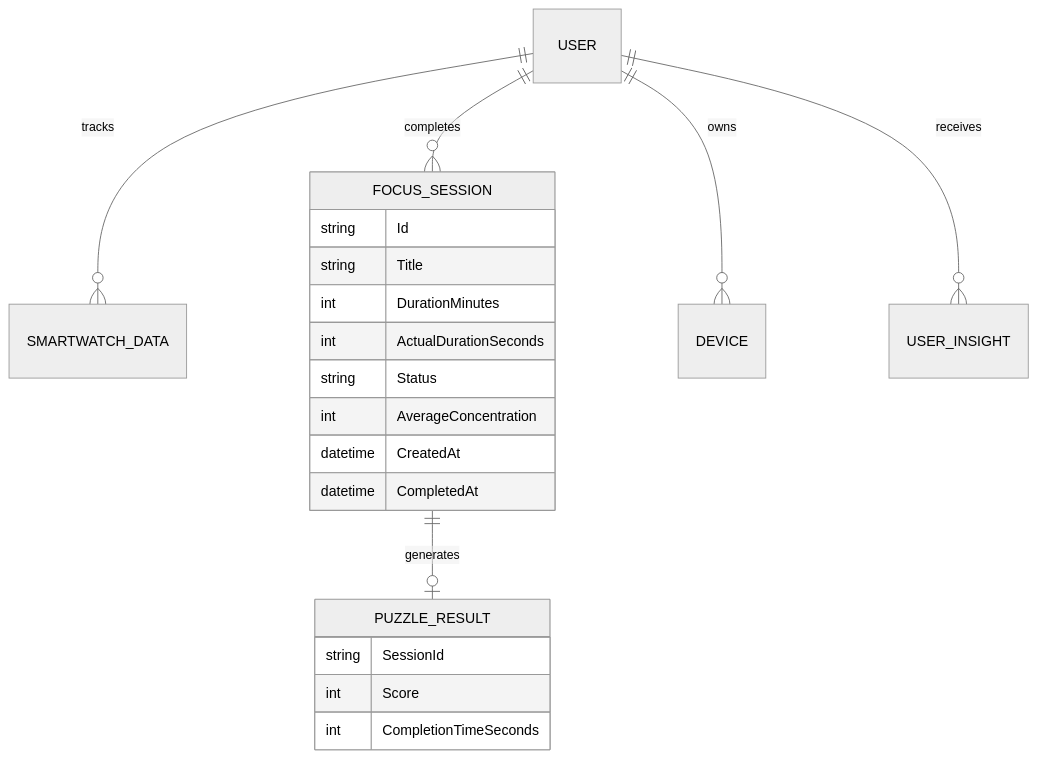
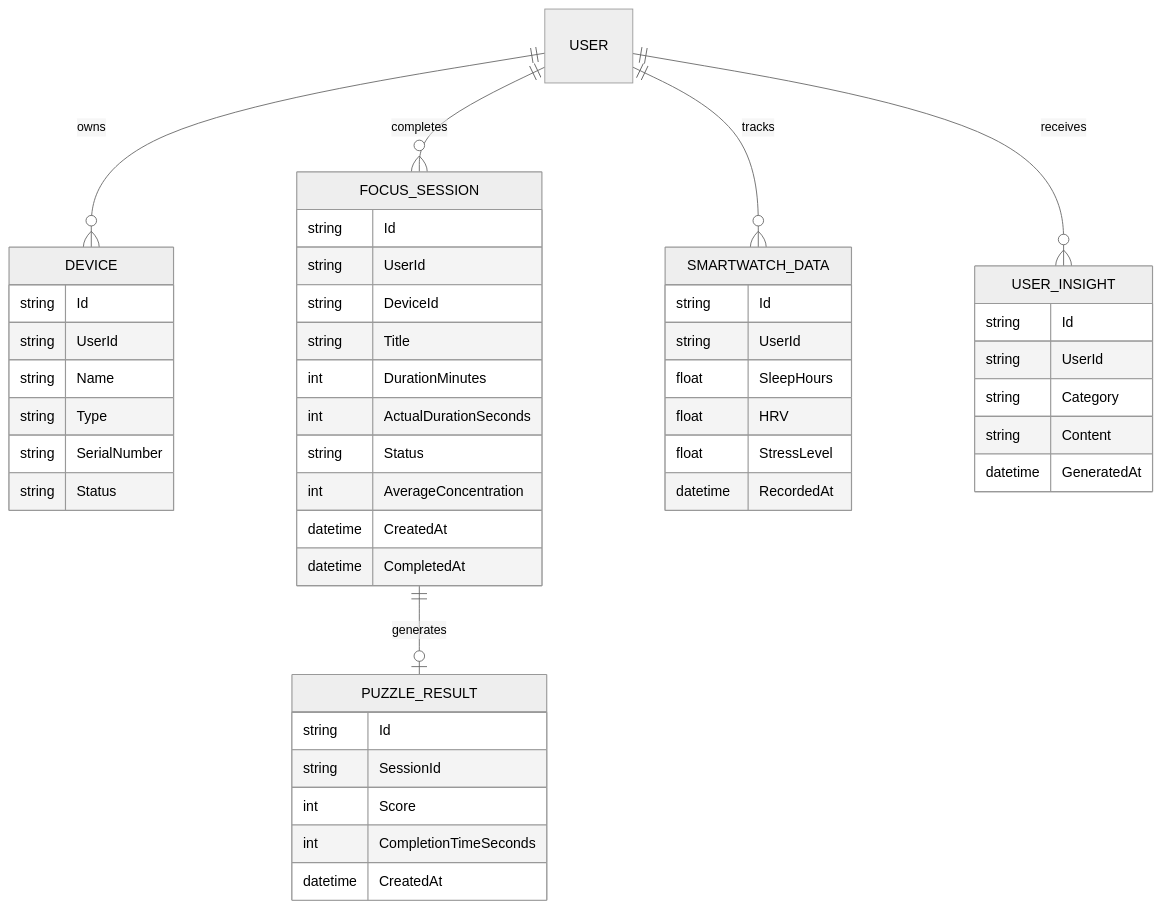
Before and after one commit to ameenmv/haze_clue_docs: the diagram in docs/backend-mobile/index.md, drawn with Mermaid (neutral theme). The commit also changed other lines of this file, not shown here.

Commit message:
docs: restructure and expand Mobile Backend documentation with detailed architecture, project structure, and API usage guide

````diff
--- a/docs/backend-mobile/index.md
+++ b/docs/backend-mobile/index.md
@@ -35,25 +48,55 @@
 ```mermaid
 erDiagram
+    USER ||--o{ DEVICE : owns
+    USER ||--o{ FOCUS_SESSION : completes
     USER ||--o{ SMARTWATCH_DATA : tracks
-    USER ||--o{ FOCUS_SESSION : completes
-    USER ||--o{ DEVICE : owns
     USER ||--o{ USER_INSIGHT : receives
     FOCUS_SESSION ||--o| PUZZLE_RESULT : generates
 
     FOCUS_SESSION {
         string Id
+        string UserId
+        string DeviceId
         string Title
         int DurationMinutes
         int ActualDurationSeconds
         string Status
         int AverageConcentration
         datetime CreatedAt
         datetime CompletedAt
     }
-    
+
     PUZZLE_RESULT {
+        string Id
         string SessionId
         int Score
         int CompletionTimeSeconds
+        datetime CreatedAt
+    }
+
+    SMARTWATCH_DATA {
+        string Id
+        string UserId
+        float SleepHours
+        float HRV
+        float StressLevel
+        datetime RecordedAt
+    }
+
+    USER_INSIGHT {
+        string Id
+        string UserId
+        string Category
+        string Content
+        datetime GeneratedAt
+    }
+
+    DEVICE {
+        string Id
+        string UserId
+        string Name
+        string Type
+        string SerialNumber
+        string Status
     }
 ```
````
